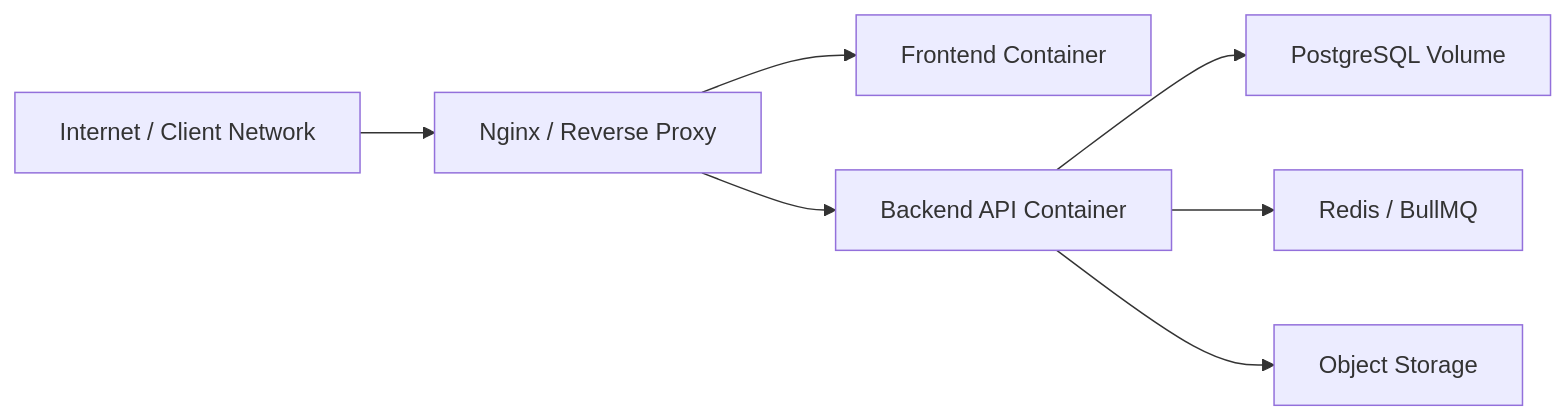
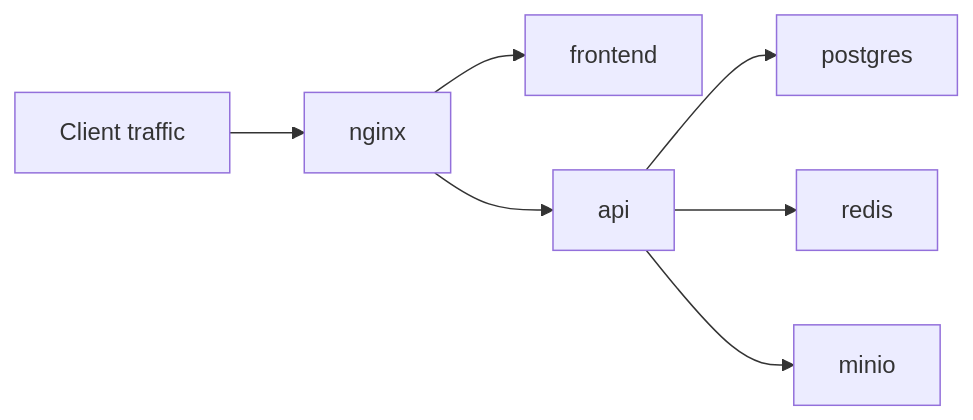
Before and after one commit to Dami-4-21/BNAA-2026-08-19-v0.1.0: the fourth of 4 diagrams in docs/technical-infrastructure-documentation.md, drawn with Mermaid. The commit also changed other lines of this file, not shown here.

````diff
--- a/docs/technical-infrastructure-documentation.md
+++ b/docs/technical-infrastructure-documentation.md
@@ -466,9 +649,9 @@
 ```mermaid
 flowchart LR
-  Internet["Internet / Client Network"] --> Proxy["Nginx / Reverse Proxy"]
-  Proxy --> Web["Frontend Container"]
-  Proxy --> Api["Backend API Container"]
-  Api --> Pg["PostgreSQL Volume"]
-  Api --> Queue["Redis / BullMQ"]
-  Api --> Files["Object Storage"]
+  Internet["Client traffic"] --> Nginx["nginx"]
+  Nginx --> Frontend["frontend"]
+  Nginx --> Api["api"]
+  Api --> Postgres["postgres"]
+  Api --> Redis["redis"]
+  Api --> Minio["minio"]
 ```
````
